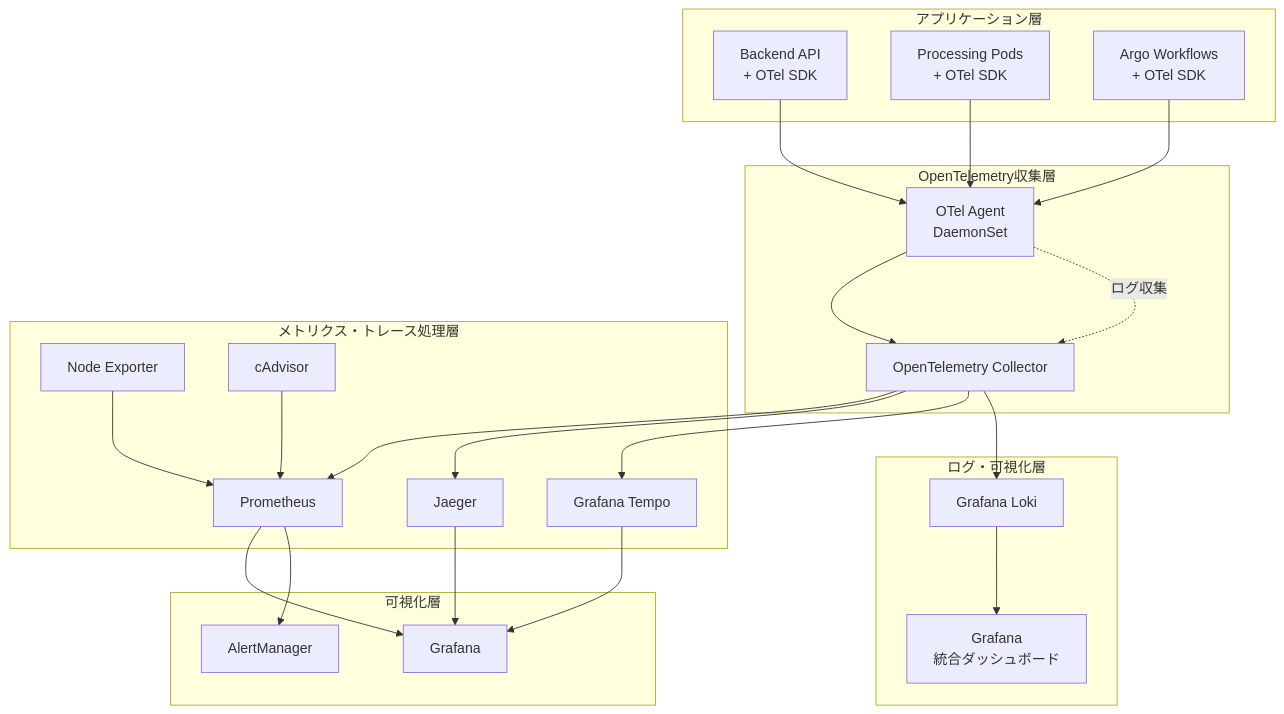
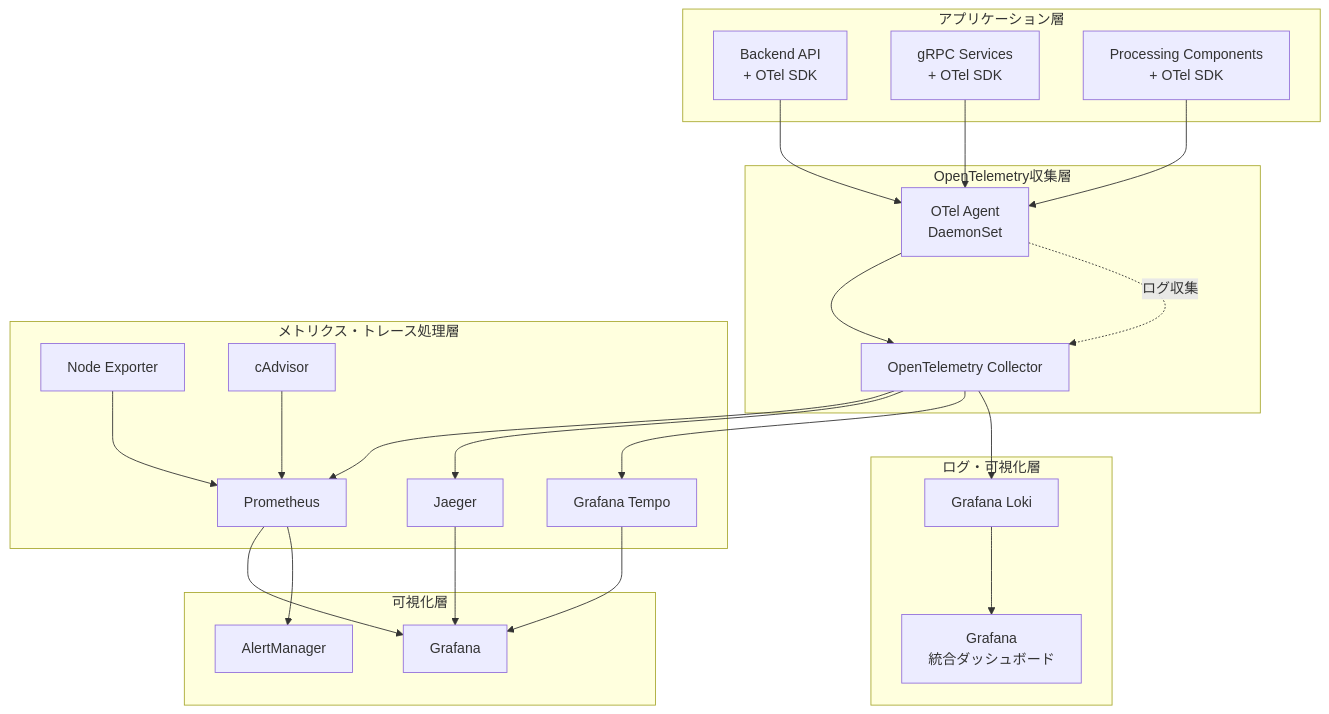
Before and after one commit to daichiTAAA/ImageFlowCanvas: the first of 2 diagrams in docs/0300_設計_アプローチ1/0308_運用監視設計.md, drawn with Mermaid. The commit also changed 7 other files, not shown here.

Commit message:
Update README.md to remove Argo Workflows references

````diff
--- a/docs/0300_設計_アプローチ1/0308_運用監視設計.md
+++ b/docs/0300_設計_アプローチ1/0308_運用監視設計.md
@@ -21,53 +21,53 @@
 ```mermaid
 graph TD
     subgraph "アプリケーション層"
         App1[Backend API<br/>+ OTel SDK]
-        App2[Processing Pods<br/>+ OTel SDK]
-        App3[Argo Workflows<br/>+ OTel SDK]
+        App2[gRPC Services<br/>+ OTel SDK]
+        App3[Processing Components<br/>+ OTel SDK]
     end
     
     subgraph "OpenTelemetry収集層"
         OTelCol[OpenTelemetry Collector]
         OTelAgent[OTel Agent<br/>DaemonSet]
     end
     
     subgraph "メトリクス・トレース処理層"
         Prometheus[Prometheus]
         Jaeger[Jaeger]
         Tempo[Grafana Tempo]
         NodeExporter[Node Exporter]
         CadVisor[cAdvisor]
     end
     
     subgraph "可視化層"
         Grafana[Grafana]
         AlertManager[AlertManager]
     end
     
     subgraph "ログ・可視化層"
         Loki[Grafana Loki]
         GrafanaLogs[Grafana<br/>統合ダッシュボード]
     end
     
     App1 --> OTelAgent
     App2 --> OTelAgent
     App3 --> OTelAgent
     OTelAgent --> OTelCol
     
     OTelCol --> Prometheus
     OTelCol --> Jaeger
     OTelCol --> Tempo
     OTelCol --> Loki
     
     NodeExporter --> Prometheus
     CadVisor --> Prometheus
     
     Prometheus --> Grafana
     Prometheus --> AlertManager
     Jaeger --> Grafana
     Tempo --> Grafana
     Loki --> GrafanaLogs
     
     %% すべてのログはOTelCollector経由で統一収集
     OTelAgent -.->|ログ収集| OTelCol
 ```
````
